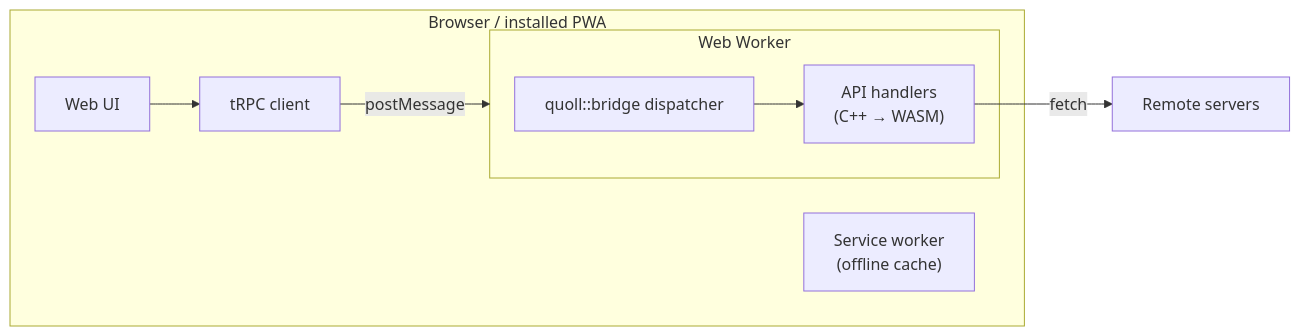
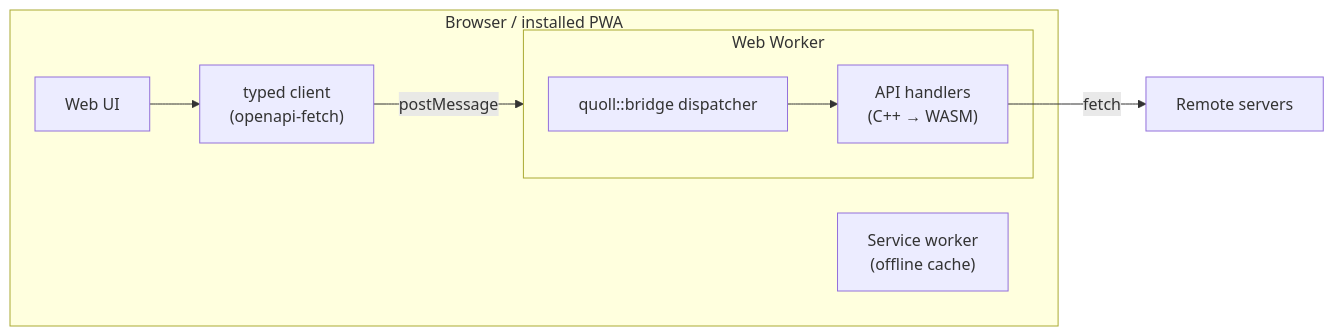
Before and after one commit to 4thlabs/quoll: the fourth of 8 diagrams in docs/PLAN.md, drawn with Mermaid. The commit also changed other lines of this file and 2 other files, not shown here.

First line of the commit message:
Plan: OpenAPI instead of tRPC for the TypeScript side

````diff
--- a/docs/PLAN.md
+++ b/docs/PLAN.md
@@ -160,12 +158,12 @@
 ```mermaid
 flowchart LR
   subgraph browser["Browser / installed PWA"]
-    ui2["Web UI"] --> ts2["tRPC client"]
+    ui2["Web UI"] --> ts2["typed client<br/>(openapi-fetch)"]
     ts2 -- "postMessage" --> worker
     subgraph worker["Web Worker"]
       d2["quoll::bridge dispatcher"] --> h2["API handlers<br/>(C++ → WASM)"]
     end
     sw["Service worker<br/>(offline cache)"]
   end
   h2 -- "fetch" --> ext2["Remote servers"]
 ```
````
